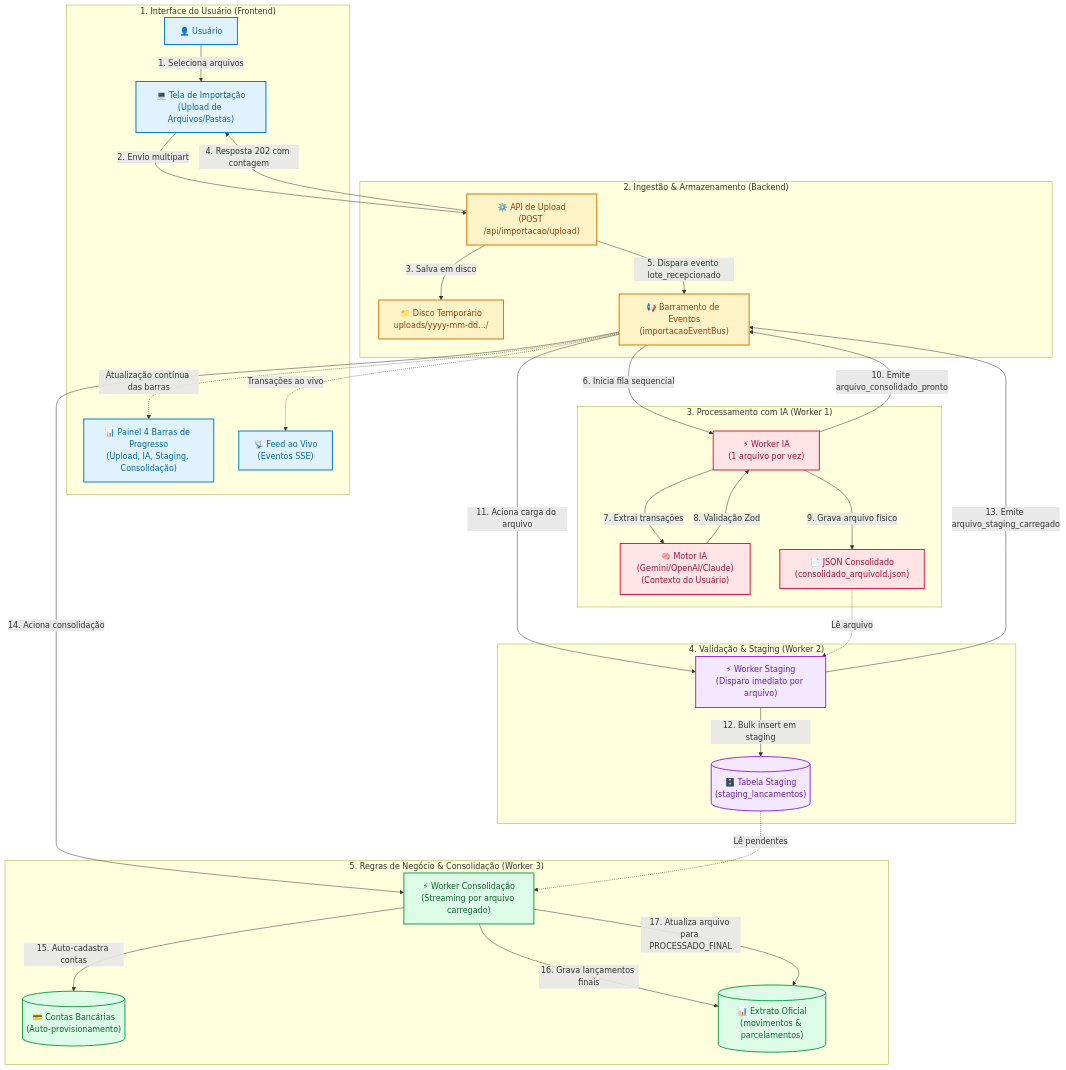
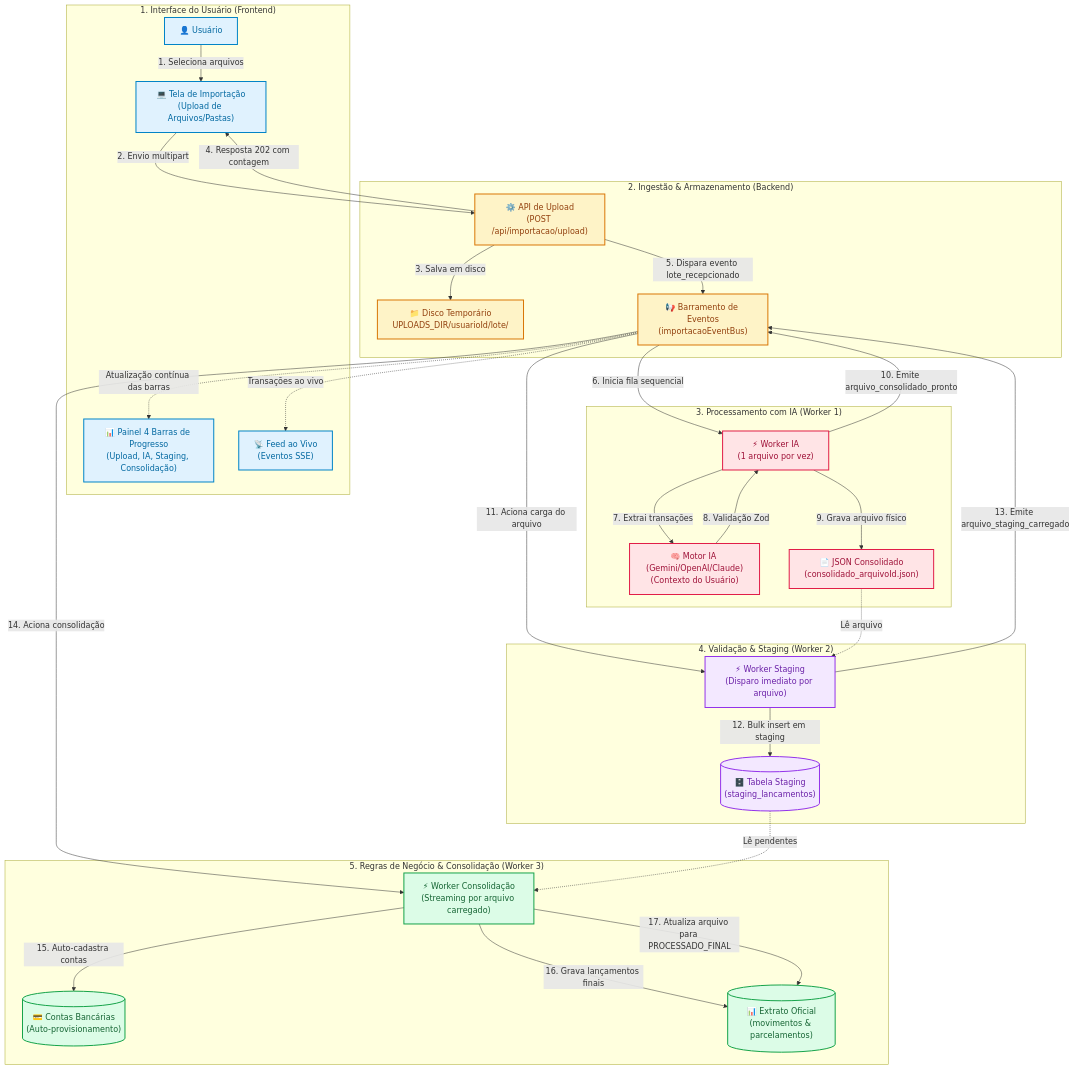
Before and after one commit to mhjmhj2002/evolvi: the first of 2 diagrams in docs/FLUXO_IMPORTACAO_IA.md, drawn with Mermaid. The commit also changed other lines of this file and 114 other files, not shown here.

```diff
--- a/docs/FLUXO_IMPORTACAO_IA.md
+++ b/docs/FLUXO_IMPORTACAO_IA.md
@@ -26,7 +26,7 @@
 
     subgraph S2["2. Ingestão & Armazenamento (Backend)"]
         B1["⚙️ API de Upload<br/>(POST /api/importacao/upload)"]
-        B2["📁 Disco Temporário<br/>uploads/yyyy-mm-dd.../"]
+        B2["📁 Disco Temporário<br/>UPLOADS_DIR/usuarioId/lote/"]
         B3["📢 Barramento de Eventos<br/>(importacaoEventBus)"]
     end
 
```
